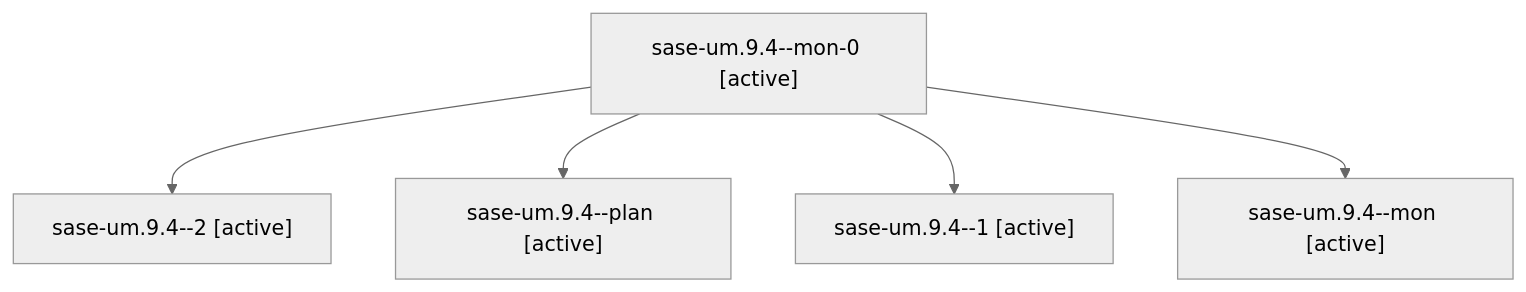
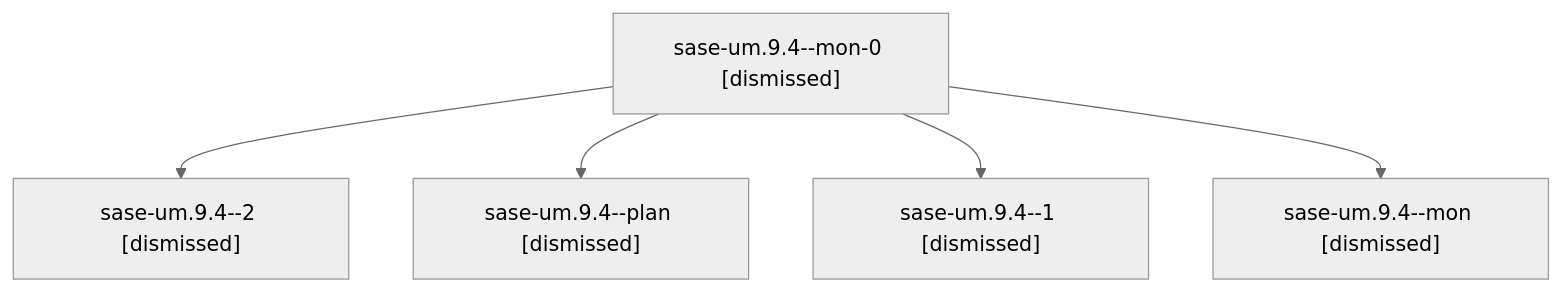
One commit to sase-org/sase--agents changed the diagram in sessions/bbugyi200.athena.sase-um.9.4.md. Above: the diagram before and after it, drawn with Mermaid (neutral theme). The commit also changed other lines of this file and 240 other files, not shown here.

````diff
--- a/sessions/bbugyi200.athena.sase-um.9.4.md
+++ b/sessions/bbugyi200.athena.sase-um.9.4.md
@@ -9,12 +9,12 @@
 ```mermaid
 flowchart TD
-  n0["sase-um.9.4--mon-0 [active]"]
-  n1["sase-um.9.4--2 [active]"]
+  n0["sase-um.9.4--mon-0 [dismissed]"]
+  n1["sase-um.9.4--2 [dismissed]"]
   n0 --> n1
-  n2["sase-um.9.4--plan [active]"]
+  n2["sase-um.9.4--plan [dismissed]"]
   n0 --> n2
-  n3["sase-um.9.4--1 [active]"]
+  n3["sase-um.9.4--1 [dismissed]"]
   n0 --> n3
-  n4["sase-um.9.4--mon [active]"]
+  n4["sase-um.9.4--mon [dismissed]"]
   n0 --> n4
 ```
````
